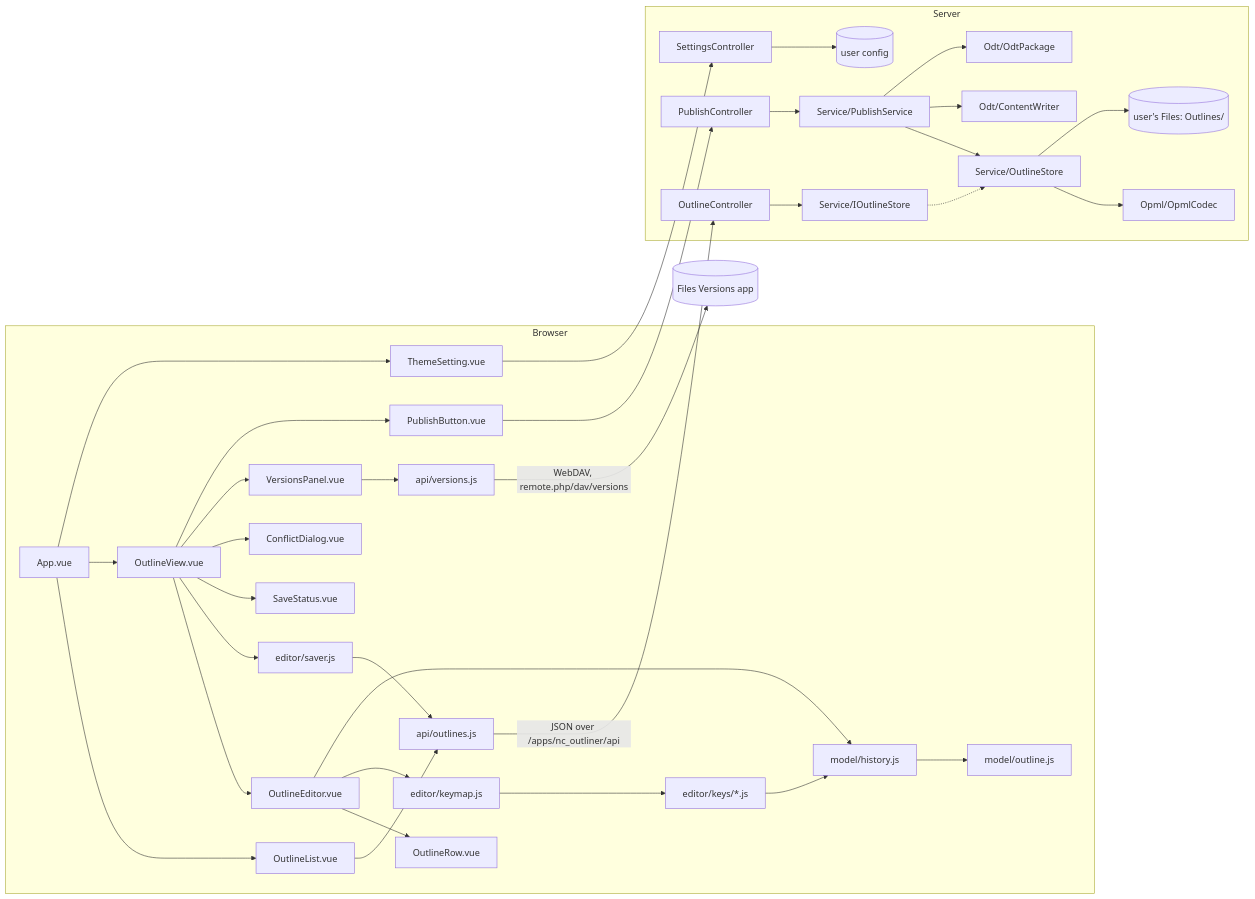
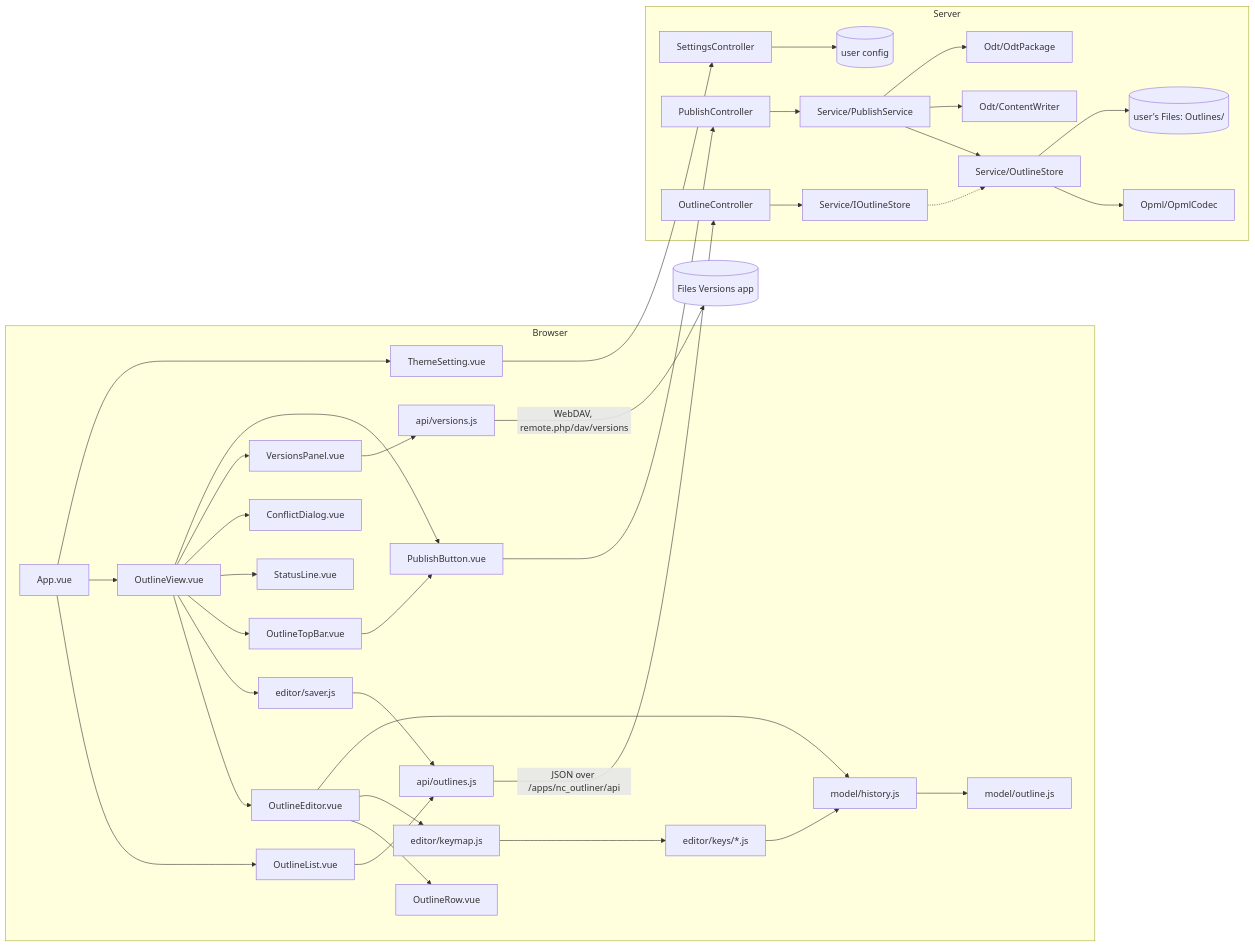
One commit to iannitram/nc-outliner changed the diagram in CODEMAP.md. Above: the diagram before and after it, drawn with Mermaid. The commit also changed other lines of this file and 10 other files, not shown here.

Commit message:
#183: I add a slim top bar and a status line

````diff
--- a/CODEMAP.md
+++ b/CODEMAP.md
@@ -47,38 +47,40 @@
 ```mermaid
 flowchart LR
     subgraph Browser
         App[App.vue] --> List[OutlineList.vue]
         App --> View[OutlineView.vue]
         View --> Editor[OutlineEditor.vue]
         Editor --> RowC[OutlineRow.vue]
         Editor --> Keymap[editor/keymap.js]
         Keymap --> Keys[editor/keys/*.js]
         Editor --> History[model/history.js]
         Keys --> History
         History --> Model[model/outline.js]
         View --> Saver[editor/saver.js]
         Saver --> Client[api/outlines.js]
-        View --> Status[SaveStatus.vue]
+        View --> TopBar[OutlineTopBar.vue]
+        TopBar --> Publish[PublishButton.vue]
+        View --> Status[StatusLine.vue]
         View --> Conflict[ConflictDialog.vue]
         View --> Versions[VersionsPanel.vue]
         Versions --> VClient[api/versions.js]
         View --> Publish[PublishButton.vue]
         App --> Theme[ThemeSetting.vue]
         List --> Client
     end
     subgraph Server
         OC[OutlineController] --> IStore[Service/IOutlineStore]
         IStore -.-> Store[Service/OutlineStore]
         Store --> Codec[Opml/OpmlCodec]
         Store --> Files[(user's Files: Outlines/)]
         PC[PublishController] --> PS[Service/PublishService]
         PS --> Store
         PS --> Writer[Odt/ContentWriter]
         PS --> Pkg[Odt/OdtPackage]
         SC[SettingsController] --> Cfg[(user config)]
     end
     Client -->|JSON over /apps/nc_outliner/api| OC
     Publish --> PC
     Theme --> SC
     VClient -->|WebDAV, remote.php/dav/versions| FV[(Files Versions app)]
 ```
````
